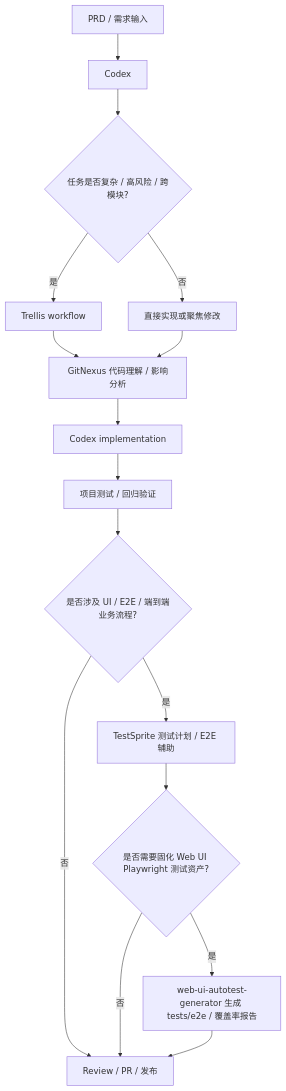
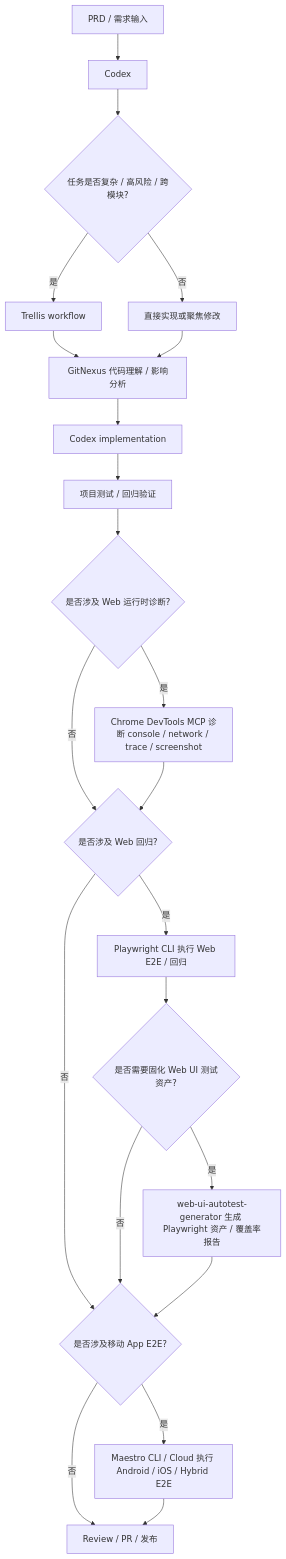
The diagram in ENTRYPOINT.md (KunoLu/640-skills), drawn with Mermaid before and after one commit. The commit also changed other lines of this file and 9 other files, not shown here.

````diff
--- a/ENTRYPOINT.md
+++ b/ENTRYPOINT.md
@@ -44,18 +47,24 @@
 ```mermaid
 flowchart TD
     A[PRD / 需求输入] --> B[Codex]
     B --> C{任务是否复杂 / 高风险 / 跨模块?}
     C -- 是 --> D[Trellis workflow]
     C -- 否 --> E[直接实现或聚焦修改]
     D --> F[GitNexus 代码理解 / 影响分析]
     E --> F
     F --> G[Codex implementation]
     G --> H[项目测试 / 回归验证]
-    H --> I{是否涉及 UI / E2E / 端到端业务流程?}
-    I -- 是 --> J[TestSprite 测试计划 / E2E 辅助]
-    I -- 否 --> K[Review / PR / 发布]
-    J --> L{是否需要固化 Web UI Playwright 测试资产?}
-    L -- 是 --> M[web-ui-autotest-generator 生成 tests/e2e / 覆盖率报告]
-    L -- 否 --> K
-    M --> K
+    H --> I{是否涉及 Web 运行时诊断?}
+    I -- 是 --> J[Chrome DevTools MCP 诊断 console / network / trace / screenshot]
+    I -- 否 --> K{是否涉及 Web 回归?}
+    J --> K
+    K -- 是 --> L[Playwright CLI 执行 Web E2E / 回归]
+    K -- 否 --> M{是否涉及移动 App E2E?}
+    L --> N{是否需要固化 Web UI 测试资产?}
+    N -- 是 --> O[web-ui-autotest-generator 生成 Playwright 资产 / 覆盖率报告]
+    N -- 否 --> M
+    O --> M
+    M -- 是 --> P[Maestro CLI / Cloud 执行 Android / iOS / Hybrid E2E]
+    M -- 否 --> Q[Review / PR / 发布]
+    P --> Q
 ```
````
